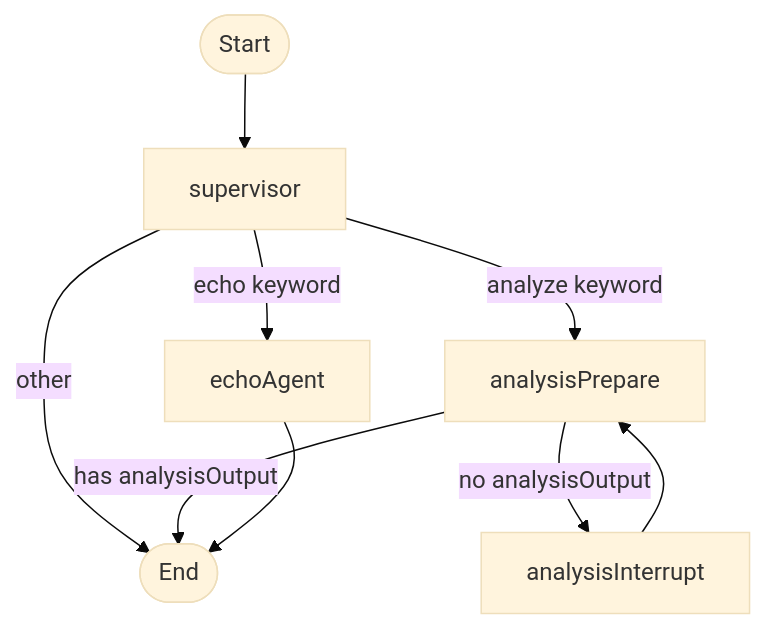
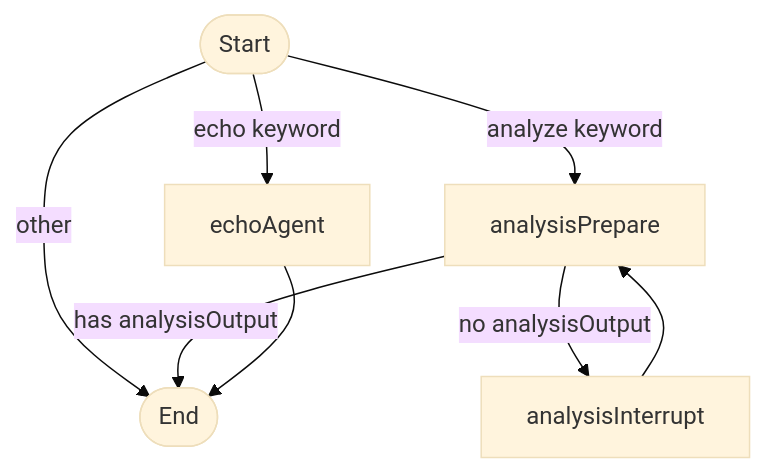
Before and after one commit to slior/archie: the second of 2 diagrams in docs/main_shell_flow.md, drawn with Mermaid (base theme). The commit also changed other lines of this file and 3 other files, not shown here.

````diff
--- a/docs/main_shell_flow.md
+++ b/docs/main_shell_flow.md
@@ -109,11 +109,10 @@
 ```mermaid
 graph TD
-    START([Start]) --> supervisor;
-    supervisor -- "analyze" keyword --> analysisPrepare;
-    supervisor -- "echo" keyword --> echoAgent;
-    supervisor -- other --> END([End]);
+    START([Start]) -- "analyze" keyword --> analysisPrepare;
+    START -- "echo" keyword --> echoAgent;
+    START -- other --> END([End]);
     analysisPrepare -- has analysisOutput --> END;
     analysisPrepare -- no analysisOutput --> analysisInterrupt;
     analysisInterrupt --> analysisPrepare; 
     echoAgent --> END;
 ```
````
